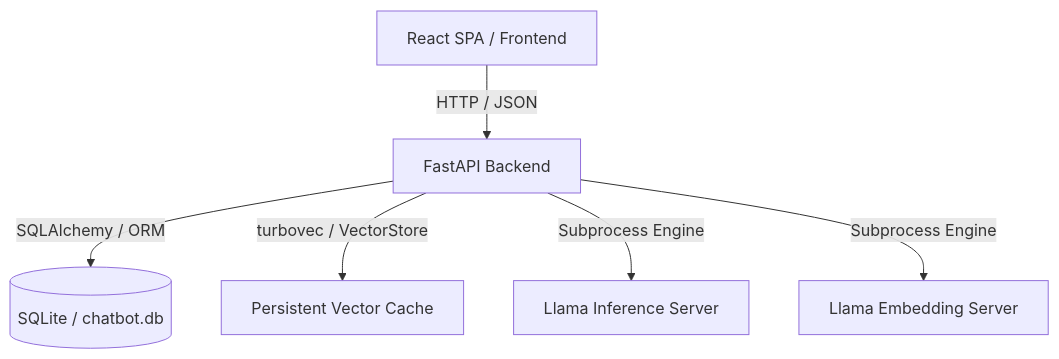
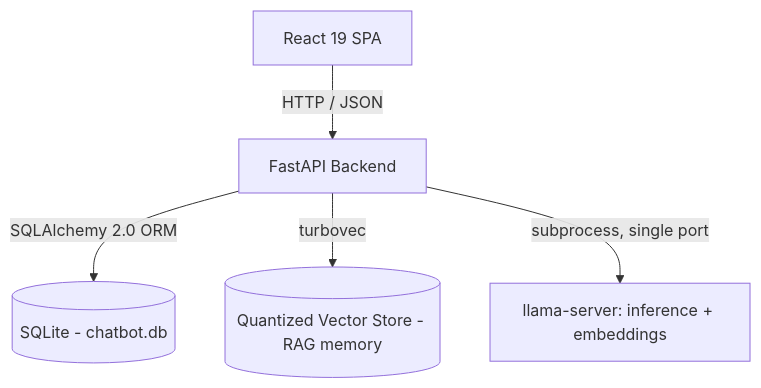
One commit to FellypeMelo/Open-ChatBot changed the diagram in README.md. Above: the diagram before and after it, drawn with Mermaid. The commit also changed other lines of this file and 82 other files, not shown here.

````diff
--- a/README.md
+++ b/README.md
@@ -15,8 +34,7 @@
 ```mermaid
 graph TD
-    A[React SPA / Frontend] -->|HTTP / JSON| B[FastAPI Backend]
-    B -->|SQLAlchemy / ORM| C[(SQLite / chatbot.db)]
-    B -->|turbovec / VectorStore| D[Persistent Vector Cache]
-    B -->|Subprocess Engine| E[Llama Inference Server]
-    B -->|Subprocess Engine| F[Llama Embedding Server]
+    A[React 19 SPA] -->|HTTP / JSON| B[FastAPI Backend]
+    B -->|SQLAlchemy 2.0 ORM| C[(SQLite - chatbot.db)]
+    B -->|turbovec| D[(Quantized Vector Store - RAG memory)]
+    B -->|subprocess, single port| E[llama-server: inference + embeddings]
 ```
````
